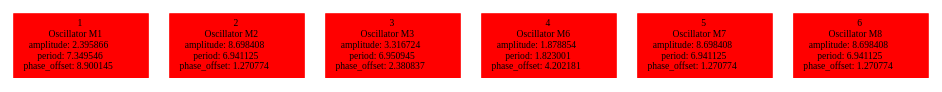
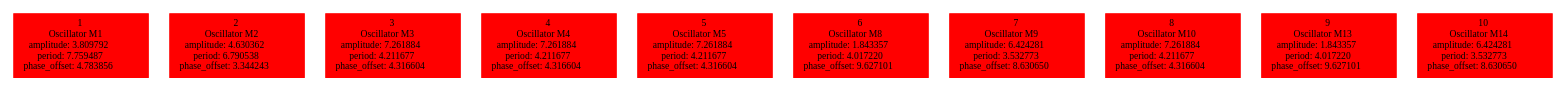
The diagram in experiments/locomotion1/offspringpop10/tempbrain.dot (karinemiras/l-system), drawn with Graphviz before and after one commit. The commit also changed 83 other files, not shown here.

```diff
--- a/experiments/locomotion1/offspringpop10/tempbrain.dot
+++ b/experiments/locomotion1/offspringpop10/tempbrain.dot
@@ -1,8 +1,12 @@
  digraph g{ forcelabels=true;
-1 [label=<1<BR />Oscillator M1<BR /> amplitude: 2.395866<BR /> period: 7.349546<BR /> phase_offset: 8.900145>, shape=box,color=red,style=filled,fontsize=8];
-2 [label=<2<BR />Oscillator M2<BR /> amplitude: 8.698408<BR /> period: 6.941125<BR /> phase_offset: 1.270774>, shape=box,color=red,style=filled,fontsize=8];
-3 [label=<3<BR />Oscillator M3<BR /> amplitude: 3.316724<BR /> period: 6.950945<BR /> phase_offset: 2.380837>, shape=box,color=red,style=filled,fontsize=8];
-4 [label=<4<BR />Oscillator M6<BR /> amplitude: 1.878854<BR /> period: 1.823001<BR /> phase_offset: 4.202181>, shape=box,color=red,style=filled,fontsize=8];
-5 [label=<5<BR />Oscillator M7<BR /> amplitude: 8.698408<BR /> period: 6.941125<BR /> phase_offset: 1.270774>, shape=box,color=red,style=filled,fontsize=8];
-6 [label=<6<BR />Oscillator M8<BR /> amplitude: 8.698408<BR /> period: 6.941125<BR /> phase_offset: 1.270774>, shape=box,color=red,style=filled,fontsize=8];
+1 [label=<1<BR />Oscillator M1<BR /> amplitude: 3.809792<BR /> period: 7.759487<BR /> phase_offset: 4.783856>, shape=box,color=red,style=filled,fontsize=8];
+2 [label=<2<BR />Oscillator M2<BR /> amplitude: 4.630362<BR /> period: 6.790538<BR /> phase_offset: 3.344243>, shape=box,color=red,style=filled,fontsize=8];
+3 [label=<3<BR />Oscillator M3<BR /> amplitude: 7.261884<BR /> period: 4.211677<BR /> phase_offset: 4.316604>, shape=box,color=red,style=filled,fontsize=8];
+4 [label=<4<BR />Oscillator M4<BR /> amplitude: 7.261884<BR /> period: 4.211677<BR /> phase_offset: 4.316604>, shape=box,color=red,style=filled,fontsize=8];
+5 [label=<5<BR />Oscillator M5<BR /> amplitude: 7.261884<BR /> period: 4.211677<BR /> phase_offset: 4.316604>, shape=box,color=red,style=filled,fontsize=8];
+6 [label=<6<BR />Oscillator M8<BR /> amplitude: 1.843357<BR /> period: 4.017220<BR /> phase_offset: 9.627101>, shape=box,color=red,style=filled,fontsize=8];
+7 [label=<7<BR />Oscillator M9<BR /> amplitude: 6.424281<BR /> period: 3.532773<BR /> phase_offset: 8.630650>, shape=box,color=red,style=filled,fontsize=8];
+8 [label=<8<BR />Oscillator M10<BR /> amplitude: 7.261884<BR /> period: 4.211677<BR /> phase_offset: 4.316604>, shape=box,color=red,style=filled,fontsize=8];
+9 [label=<9<BR />Oscillator M13<BR /> amplitude: 1.843357<BR /> period: 4.017220<BR /> phase_offset: 9.627101>, shape=box,color=red,style=filled,fontsize=8];
+10 [label=<10<BR />Oscillator M14<BR /> amplitude: 6.424281<BR /> period: 3.532773<BR /> phase_offset: 8.630650>, shape=box,color=red,style=filled,fontsize=8];
  }
```
